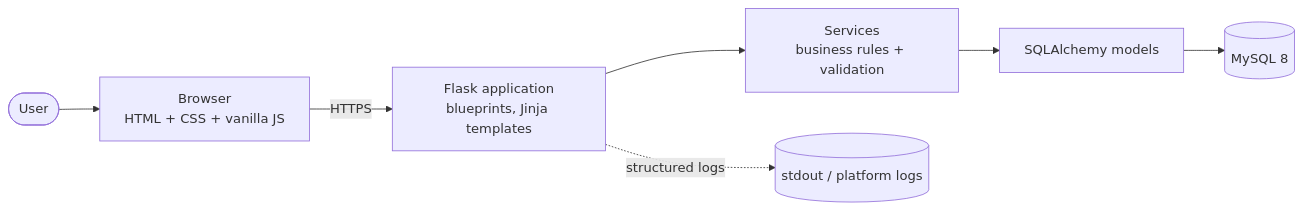
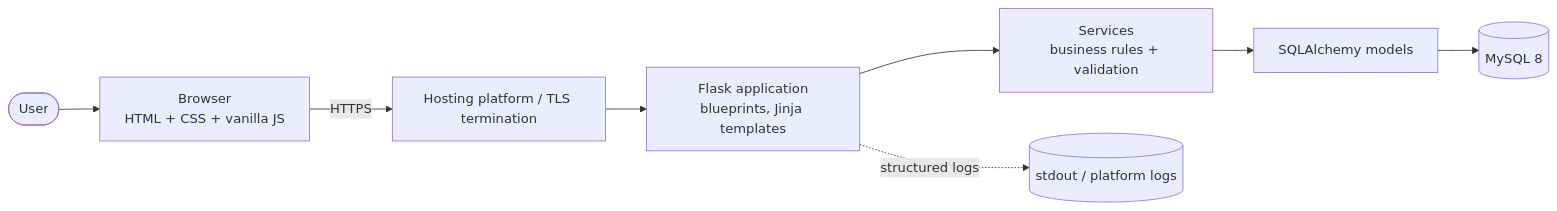
The first of 2 diagrams in docs/architecture.md (Pawankumar3210/HemoLink), drawn with Mermaid before and after one commit. The commit also changed other lines of this file and 55 other files, not shown here.

````diff
--- a/docs/architecture.md
+++ b/docs/architecture.md
@@ -9,9 +9,10 @@
 ```mermaid
 flowchart LR
     User([User]) --> Browser[Browser<br/>HTML + CSS + vanilla JS]
-    Browser -- HTTPS --> Flask[Flask application<br/>blueprints, Jinja templates]
+    Browser -- HTTPS --> Host[Hosting platform / TLS termination]
+    Host --> Flask[Flask application<br/>blueprints, Jinja templates]
     Flask --> Services[Services<br/>business rules + validation]
     Services --> ORM[SQLAlchemy models]
     ORM --> DB[(MySQL 8)]
     Flask -. structured logs .-> Stdout[(stdout / platform logs)]
 ```
````
